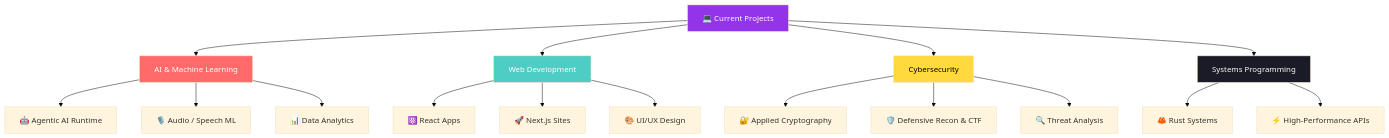
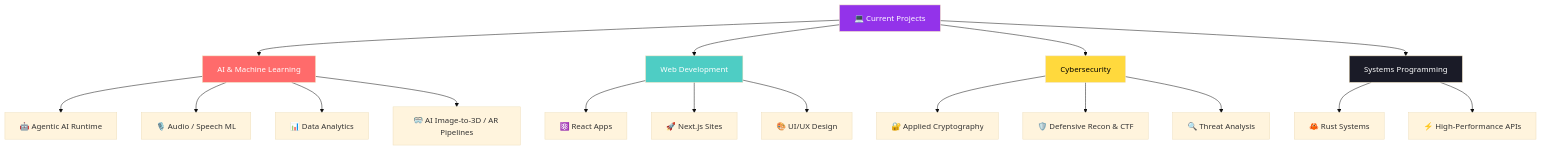
One commit to Ali-hey-0/Ali-hey-0 changed the first of 2 diagrams in README.md. Above: the diagram before and after it, drawn with Mermaid (base theme). The commit also changed other lines of this file, not shown here.

````diff
--- a/README.md
+++ b/README.md
@@ -289,28 +309,29 @@
 ```mermaid
 graph TB
     A[💻 Current Projects] --> B[AI & Machine Learning]
     A --> C[Web Development]
     A --> D[Cybersecurity]
     A --> E[Systems Programming]
 
     B --> B1[🤖 Agentic AI Runtime]
     B --> B2[🎙️ Audio / Speech ML]
     B --> B3[📊 Data Analytics]
+    B --> B4[🥽 AI Image-to-3D / AR Pipelines]
 
     C --> C1[⚛️ React Apps]
     C --> C2[🚀 Next.js Sites]
     C --> C3[🎨 UI/UX Design]
 
     D --> D1[🔐 Applied Cryptography]
     D --> D2[🛡️ Defensive Recon & CTF]
     D --> D3[🔍 Threat Analysis]
 
     E --> E1[🦀 Rust Systems]
     E --> E2[⚡ High-Performance APIs]
 
     style A fill:#9333EA,color:#fff
     style B fill:#FF6B6B,color:#fff
     style C fill:#4ECDC4,color:#fff
     style D fill:#FFD93D,color:#000
     style E fill:#1A1B27,color:#fff
 ```
````
